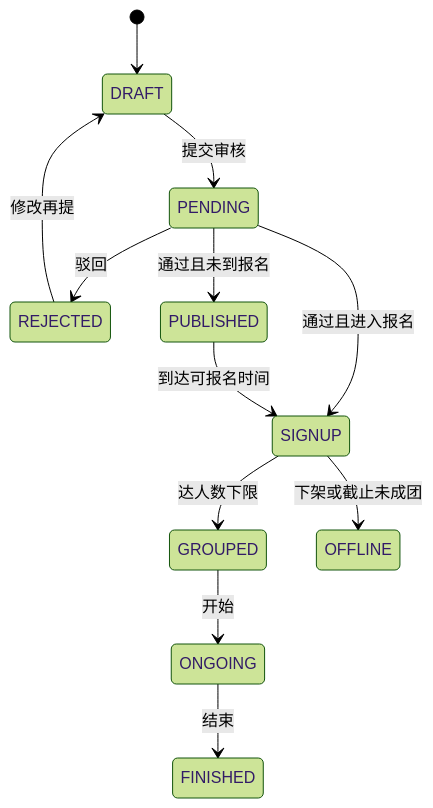
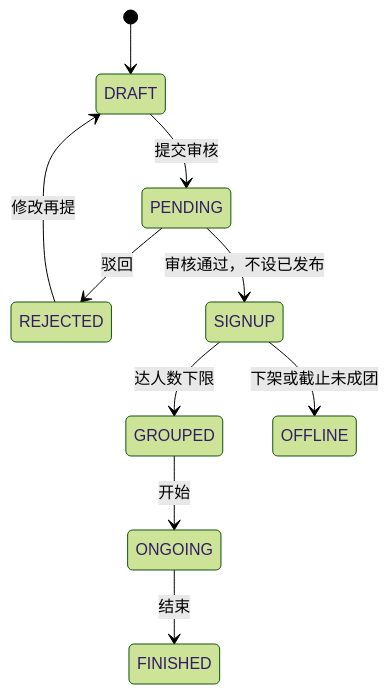
Before and after one commit to goat-yang/CampusBuddy-Docs: the second of 2 diagrams in docs/11-data-model.md, drawn with Mermaid (forest theme). The commit also changed other lines of this file and 29 other files, not shown here.

````diff
--- a/docs/11-data-model.md
+++ b/docs/11-data-model.md
@@ -39,14 +39,12 @@
 ```mermaid
 stateDiagram-v2
   [*] --> DRAFT
   DRAFT --> PENDING: 提交审核
   PENDING --> REJECTED: 驳回
-  PENDING --> PUBLISHED: 通过且未到报名
-  PENDING --> SIGNUP: 通过且进入报名
-  PUBLISHED --> SIGNUP: 到达可报名时间
+  PENDING --> SIGNUP: 审核通过，不设已发布
   SIGNUP --> GROUPED: 达人数下限
   SIGNUP --> OFFLINE: 下架或截止未成团
   GROUPED --> ONGOING: 开始
   ONGOING --> FINISHED: 结束
   REJECTED --> DRAFT: 修改再提
 ```
````
